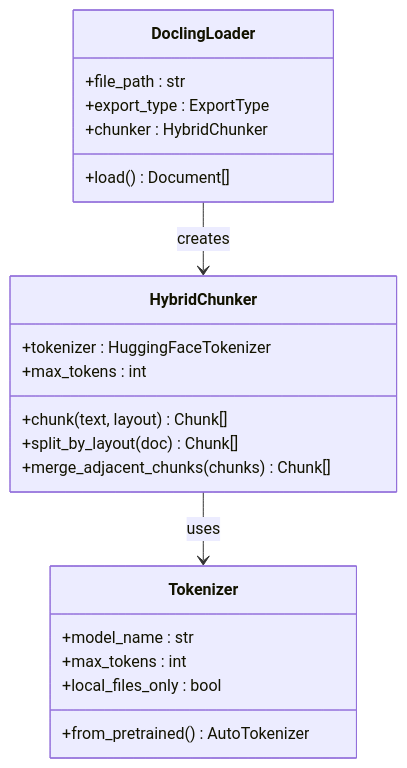
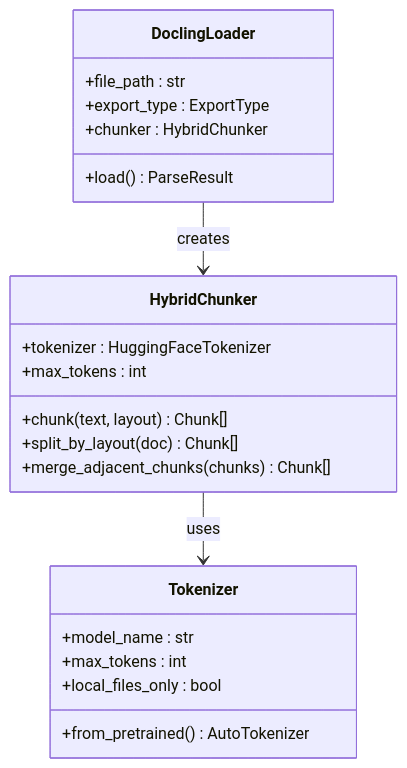
One commit to ognelis/cafetera_hr_bot changed the ninth of 13 diagrams in .qoder/repowiki/en/content/RAG Integration/RAG Parser Enhancement.md. Above: the diagram before and after it, drawn with Mermaid. The commit also changed other lines of this file and 9 other files, not shown here.

````diff
--- a/.qoder/repowiki/en/content/RAG Integration/RAG Parser Enhancement.md
+++ b/.qoder/repowiki/en/content/RAG Integration/RAG Parser Enhancement.md
@@ -375,24 +444,24 @@
 ```mermaid
 classDiagram
 class HybridChunker {
 +tokenizer : HuggingFaceTokenizer
 +max_tokens : int
 +chunk(text, layout) Chunk[]
 +split_by_layout(doc) Chunk[]
 +merge_adjacent_chunks(chunks) Chunk[]
 }
 class DoclingLoader {
 +file_path : str
 +export_type : ExportType
 +chunker : HybridChunker
-+load() Document[]
++load() ParseResult
 }
 class Tokenizer {
 +model_name : str
 +max_tokens : int
 +local_files_only : bool
 +from_pretrained() AutoTokenizer
 }
 HybridChunker --> Tokenizer : uses
 DoclingLoader --> HybridChunker : creates
 ```
````
